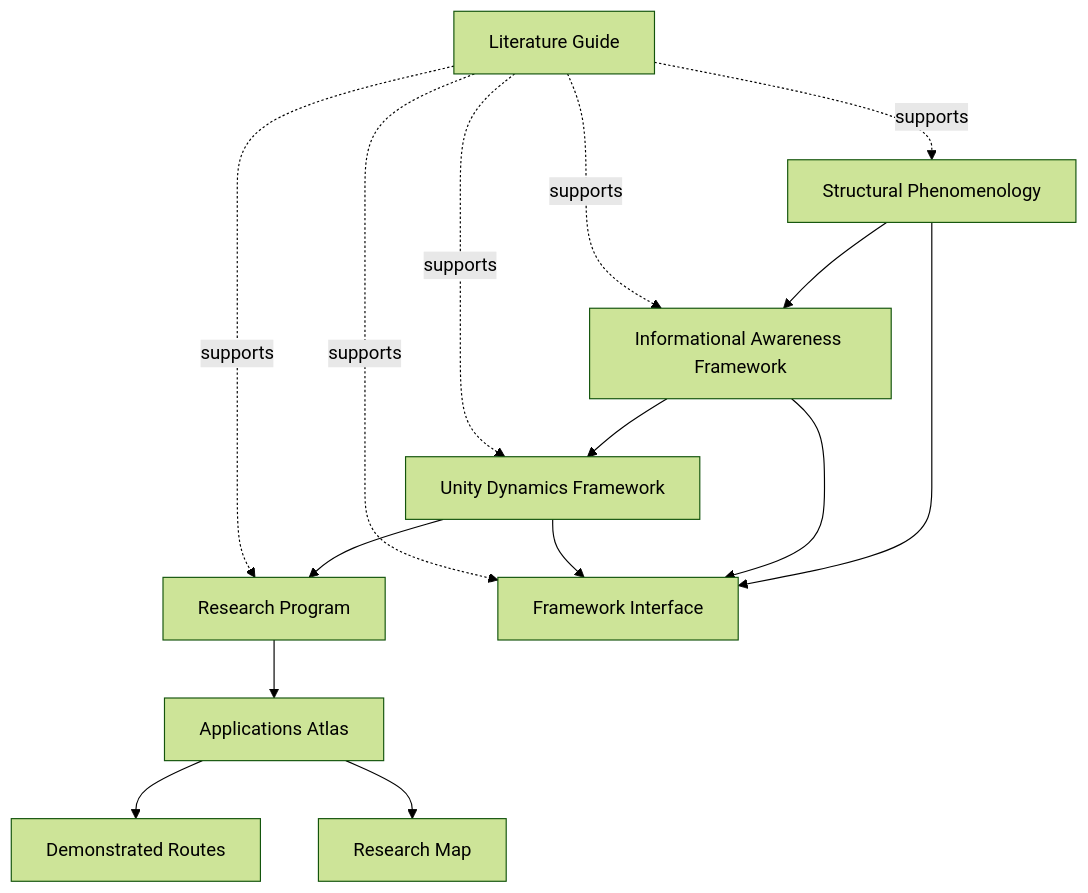
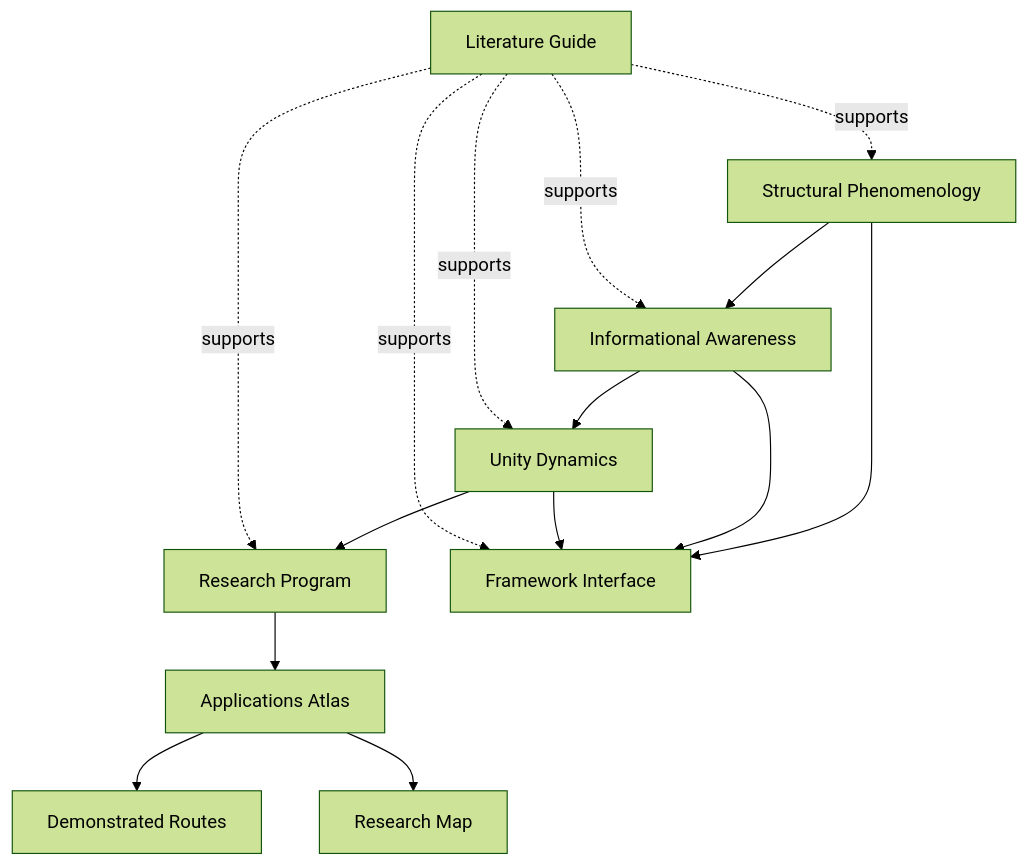
Before and after one commit to oestradiol/Research: the diagram in structured-unity-framework/docs/diagrams/dependency-map.md, drawn with Mermaid (forest theme). The commit also changed other lines of this file and 110 other files, not shown here.

````diff
--- a/structured-unity-framework/docs/diagrams/dependency-map.md
+++ b/structured-unity-framework/docs/diagrams/dependency-map.md
@@ -13,17 +13,17 @@
 ```mermaid
 flowchart TD
-  SP[Structural Phenomenology] --> IAF[Informational Awareness Framework]
-  IAF --> UDF[Unity Dynamics Framework]
-  UDF --> RP[Research Program]
+  SP[Structural Phenomenology] --> IA[Informational Awareness]
+  IA --> UD[Unity Dynamics]
+  UD --> RP[Research Program]
   SP --> FI[Framework Interface]
-  IAF --> FI
-  UDF --> FI
+  IA --> FI
+  UD --> FI
   LG[Literature Guide] -. supports .-> SP
-  LG -. supports .-> IAF
-  LG -. supports .-> UDF
+  LG -. supports .-> IA
+  LG -. supports .-> UD
   LG -. supports .-> FI
   LG -. supports .-> RP
   RP --> APP[Applications Atlas]
   APP --> DR[Demonstrated Routes]
   APP --> RM[Research Map]
 ```
````
